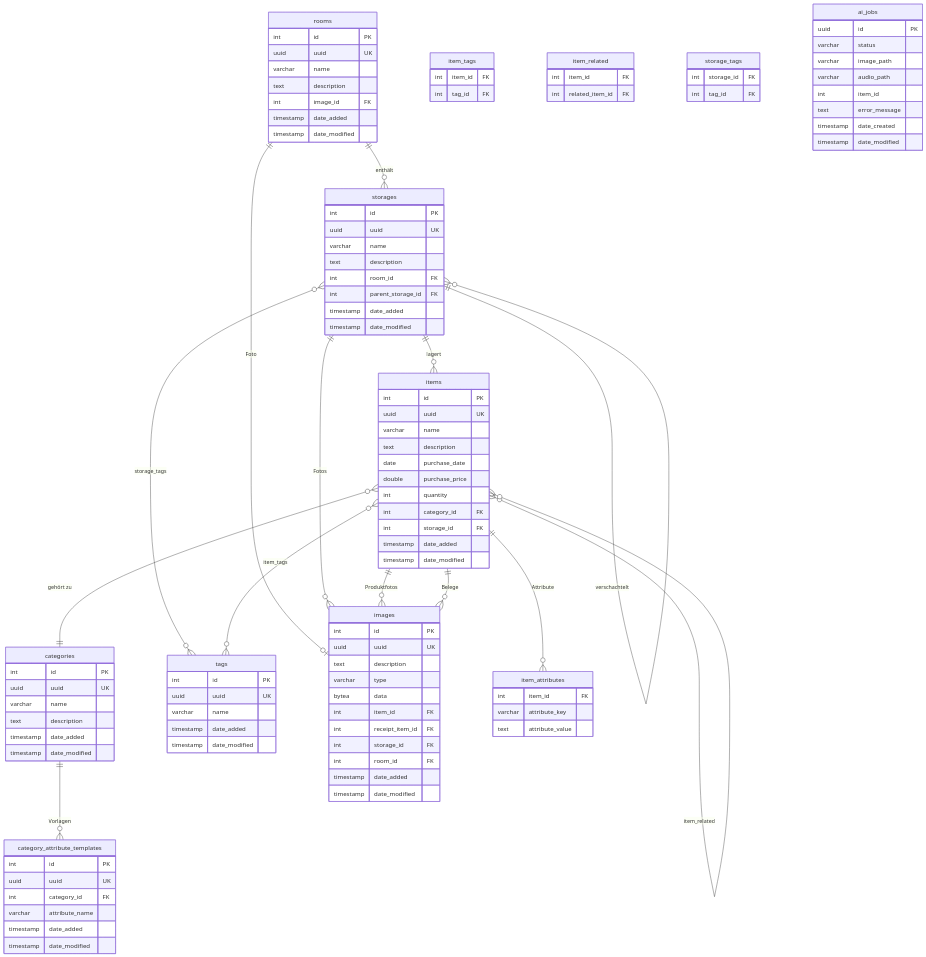
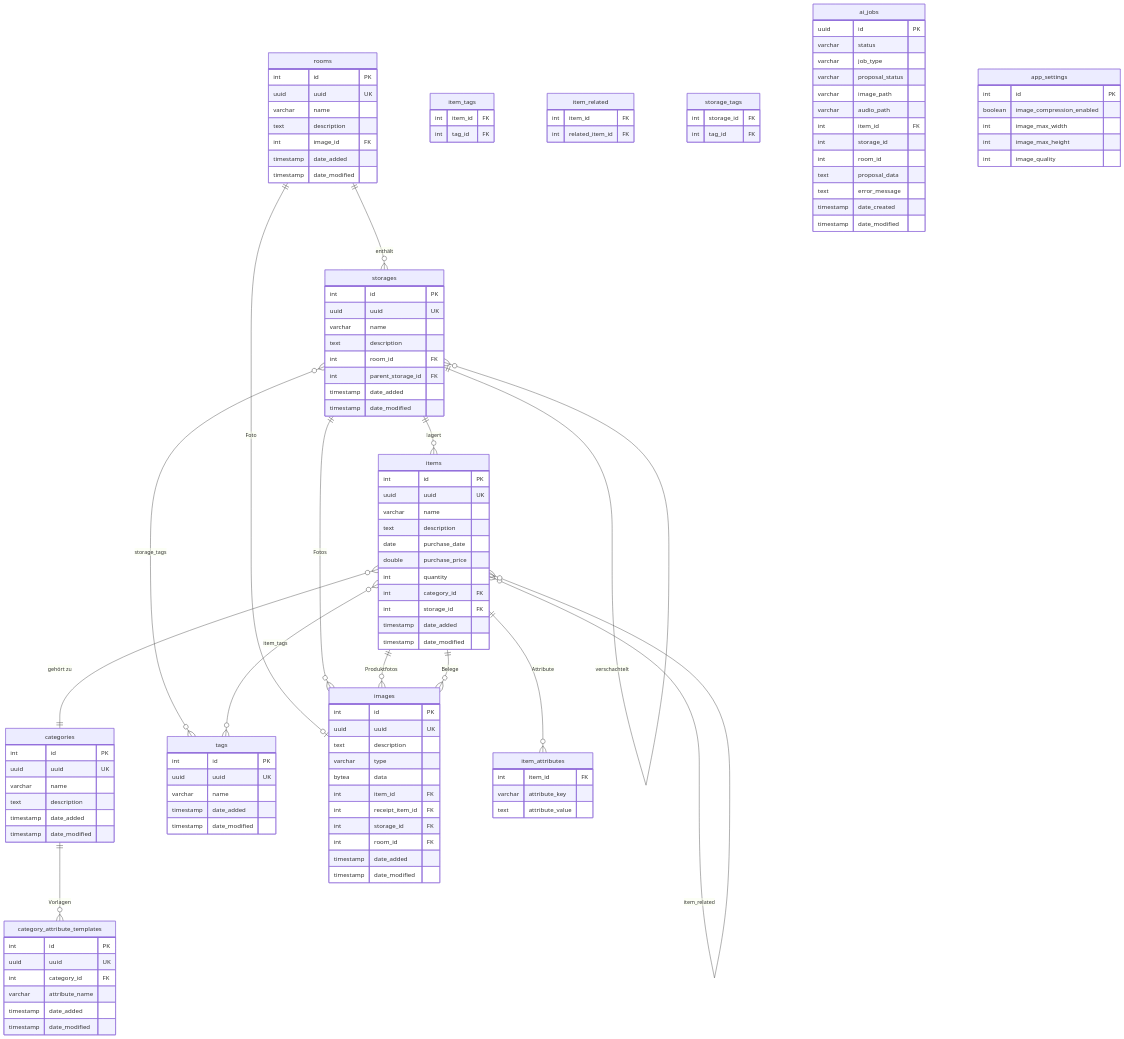
The first of 3 diagrams in README.md (a-i-ks/kistogramm), drawn with Mermaid before and after one commit. The commit also changed other lines of this file, not shown here.

First line of the commit message:
docs: update README for AI job types, proposal workflow and new APIs

```diff
--- a/README.md
+++ b/README.md
@@ -184,12 +185,25 @@
     ai_jobs {
         uuid id PK
         varchar status
+        varchar job_type
+        varchar proposal_status
         varchar image_path
         varchar audio_path
-        int item_id
+        int item_id FK
+        int storage_id
+        int room_id
+        text proposal_data
         text error_message
         timestamp date_created
         timestamp date_modified
+    }
+
+    app_settings {
+        int id PK
+        boolean image_compression_enabled
+        int image_max_width
+        int image_max_height
+        int image_quality
     }
 
     rooms ||--o{ storages : "enthält"
```
